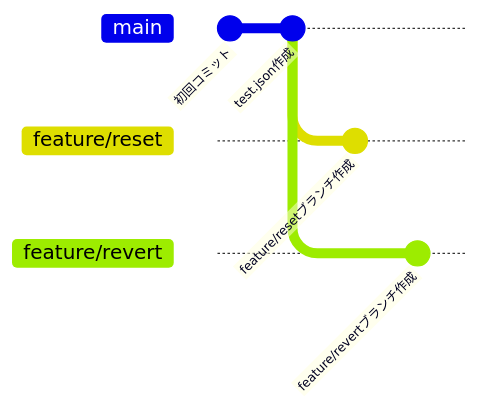
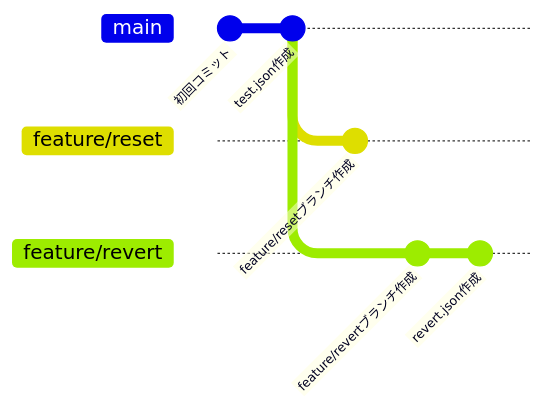
The diagram in markdown/git-branch-structure.md (ht-0328/git-operation), drawn with Mermaid before and after one commit. The commit also changed 1 other file, not shown here.

Commit message:
revert.json作成

````diff
--- a/markdown/git-branch-structure.md
+++ b/markdown/git-branch-structure.md
@@ -5,16 +5,17 @@
 ```mermaid
 gitGraph:
    commit id: "初回コミット"
    commit id: "test.json作成"
 
    branch feature/reset
    checkout feature/reset
    commit id: "feature/resetブランチ作成"
    checkout main
 
    branch feature/revert
    checkout feature/revert
    commit id: "feature/revertブランチ作成"
+   commit id: "revert.json作成"
    checkout main
 
 ```
````
